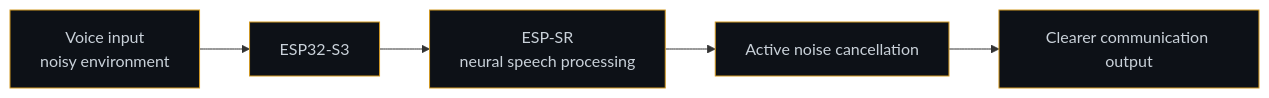
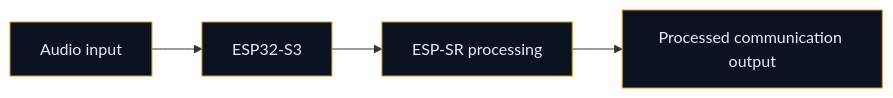
One commit to kunalchwdry/kunalchwdry changed the eighth of 11 diagrams in README.md. Above: the diagram before and after it, drawn with Mermaid. The commit also changed other lines of this file, not shown here.

````diff
--- a/README.md
+++ b/README.md
@@ -638,10 +374,9 @@
-```mermaid
+``` mermaid
 flowchart LR
-    MIC["Voice input<br/>noisy environment"] --> MCU["ESP32-S3"]
-    MCU --> SR["ESP-SR<br/>neural speech processing"]
-    SR --> ANC["Active noise cancellation"]
-    ANC --> OUT["Clearer communication output"]
+    MIC["Audio input"] --> MCU["ESP32-S3"]
+    MCU --> SR["ESP-SR processing"]
+    SR --> OUT["Processed communication output"]
 
-    classDef n fill:#0d1117,stroke:#d29922,color:#c9d1d9;
-    class MIC,MCU,SR,ANC,OUT n;
+    classDef n fill:#0b1220,stroke:#d29922,color:#e6edf3;
+    class MIC,MCU,SR,OUT n;
 ```
````
